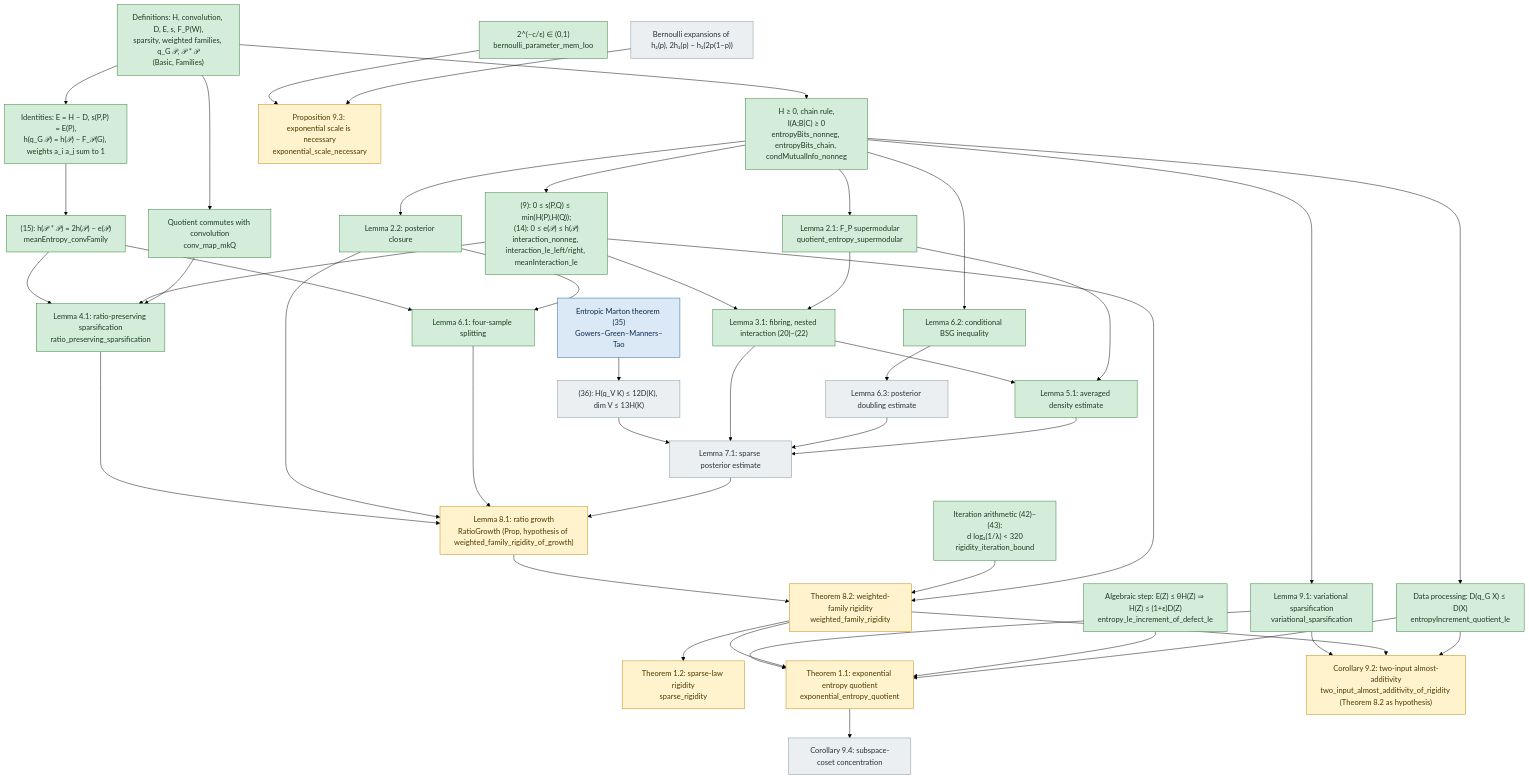
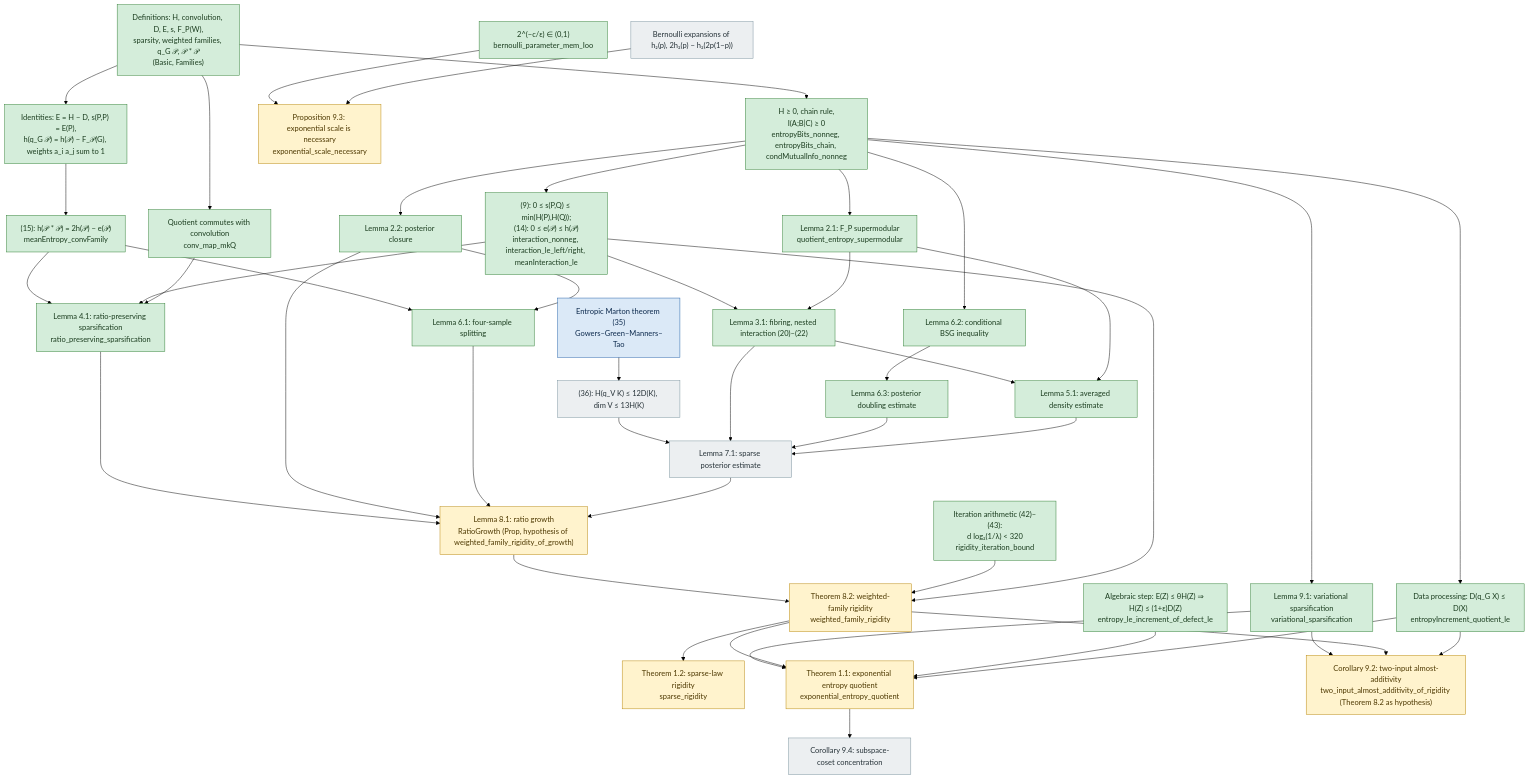
The diagram in docs/DEPENDENCIES.md (JosiahPark/entropy-quotients-lean), drawn with Mermaid (forest theme) before and after one commit.

Commit message:
formalize: D6d4 mark L63 proved in DEPENDENCIES.md

```diff
--- a/docs/DEPENDENCIES.md
+++ b/docs/DEPENDENCIES.md
@@ -39,7 +39,7 @@
   L51["Lemma 5.1: averaged density estimate"]:::proved
   L61["Lemma 6.1: four-sample splitting"]:::proved
   L62["Lemma 6.2: conditional BSG inequality"]:::proved
-  L63["Lemma 6.3: posterior doubling estimate"]:::missing
+  L63["Lemma 6.3: posterior doubling estimate"]:::proved
   MAR["Entropic Marton theorem (35)<br/>Gowers–Green–Manners–Tao"]:::external
   E36["(36): H(q_V K) ≤ 12D(K), dim V ≤ 13H(K)"]:::missing
   L71["Lemma 7.1: sparse posterior estimate"]:::missing
```
